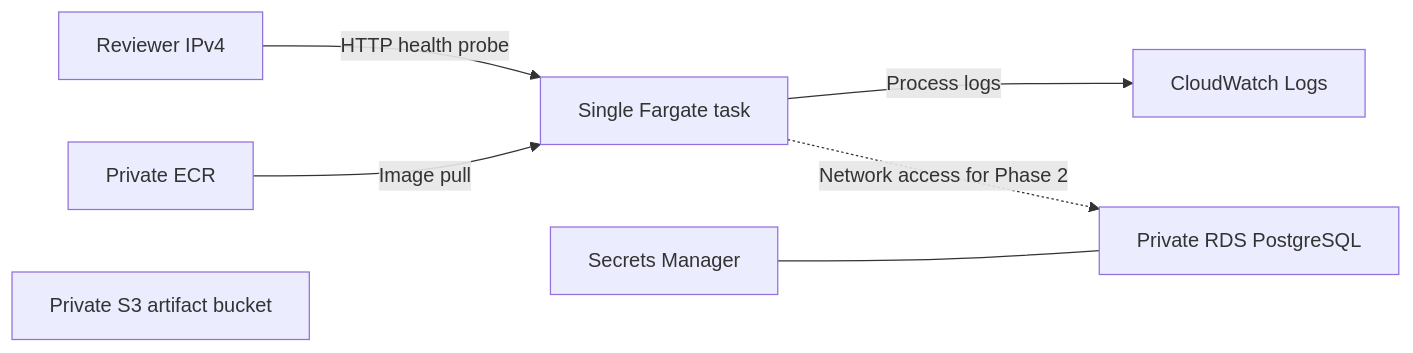
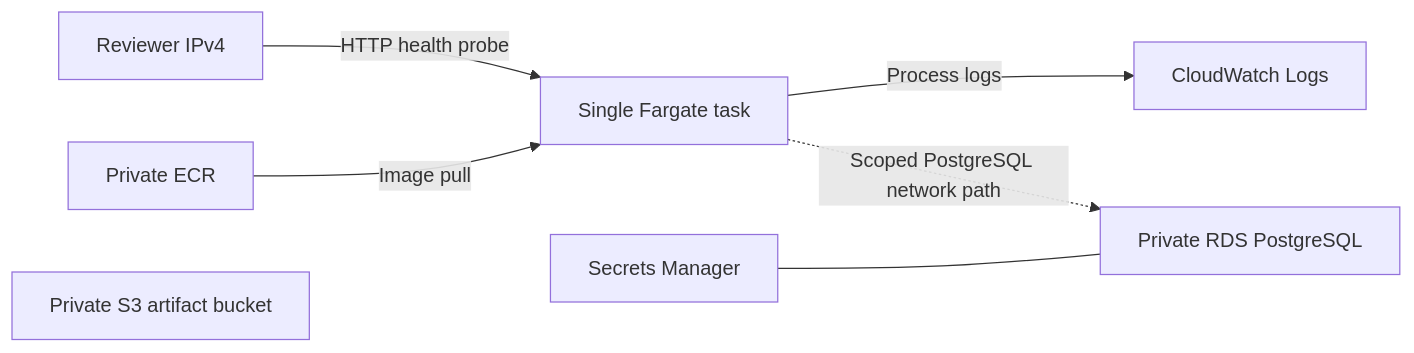
Before and after one commit to jsayram/test-infrastructure-platform: the second of 3 diagrams in ARCHITECTURE.md, drawn with Mermaid. The commit also changed other lines of this file and 25 other files, not shown here.

````diff
--- a/ARCHITECTURE.md
+++ b/ARCHITECTURE.md
@@ -19,9 +19,9 @@
 ```mermaid
 flowchart LR
     Reviewer["Reviewer IPv4"] -->|"HTTP health probe"| Task["Single Fargate task"]
     Registry["Private ECR"] -->|"Image pull"| Task
     Task -->|"Process logs"| Logs["CloudWatch Logs"]
-    Task -. "Network access for Phase 2" .-> DB["Private RDS PostgreSQL"]
+    Task -. "Scoped PostgreSQL network path" .-> DB["Private RDS PostgreSQL"]
     RDSSecret["Secrets Manager"] --- DB
     Artifacts["Private S3 artifact bucket"]
 ```
````
